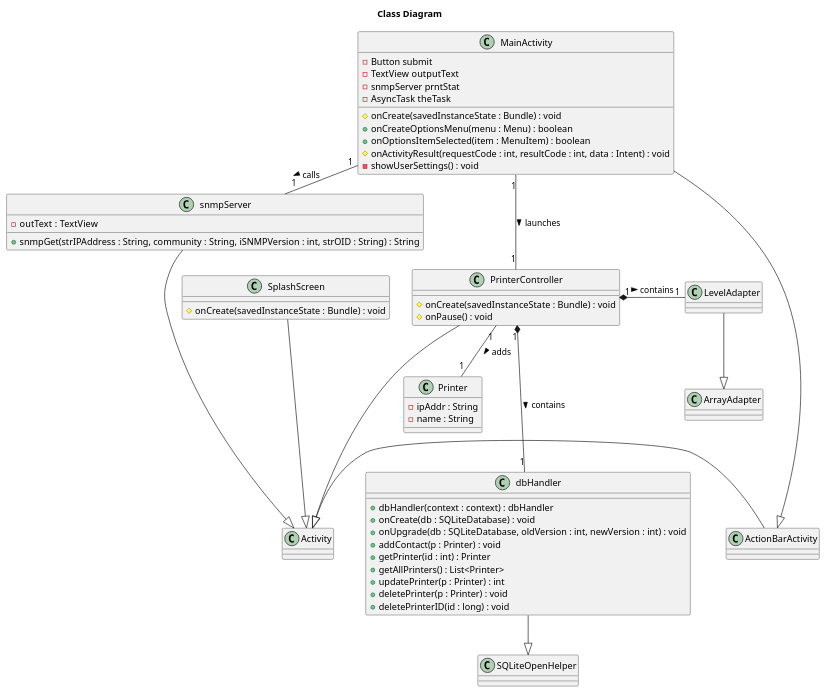
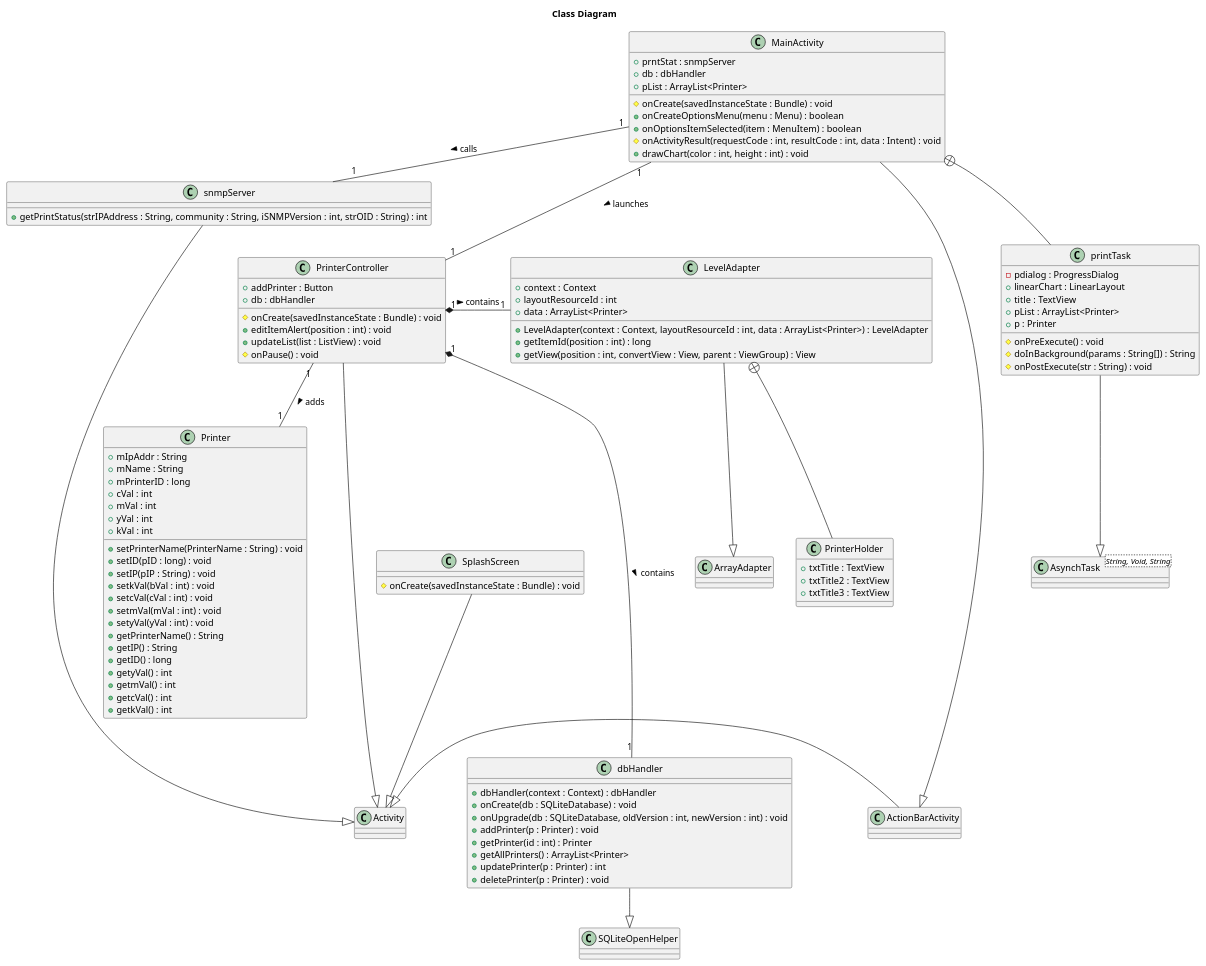
One commit to phillipjf/SNMPrint changed the diagram in app/UML/DesignClassDiagram/ClassDiagram.puml. Above: the diagram before and after it, drawn with PlantUML. The commit also changed 13 other files, not shown here.

Commit message:
05/03/2015 nearly done diagrams

```diff
--- a/app/UML/DesignClassDiagram/ClassDiagram.puml
+++ b/app/UML/DesignClassDiagram/ClassDiagram.puml
@@ -1,61 +1,108 @@
 @startuml
 title Class Diagram
 
 class Activity
 class ActionBarActivity
 class SplashScreen
 class MainActivity
 class PrinterController
 class snmpServer
 class Printer
 class dbHandler
 class SQLiteOpenHelper
 class LevelAdapter
+class printTask
+class AsynchTask<String, Void, String>
+class PrinterHolder
 
 Activity <|- ActionBarActivity
 MainActivity --|> ActionBarActivity
-SplashScreen ---|> Activity
+MainActivity +-- printTask
+printTask --|> AsynchTask
+SplashScreen --|> Activity
 PrinterController ---|> Activity
 snmpServer ---|> Activity
 dbHandler --|> SQLiteOpenHelper
 LevelAdapter --|> ArrayAdapter
+LevelAdapter +-- PrinterHolder
 
 SplashScreen : #onCreate(savedInstanceState : Bundle) : void
 
-MainActivity : -Button submit
-MainActivity : -TextView outputText
-MainActivity : -snmpServer prntStat
-MainActivity : -AsyncTask theTask
+MainActivity : +prntStat : snmpServer
+MainActivity : +db : dbHandler
+MainActivity : +pList : ArrayList<Printer>
 MainActivity : #onCreate(savedInstanceState : Bundle) : void
 MainActivity : +onCreateOptionsMenu(menu : Menu) : boolean
 MainActivity : +onOptionsItemSelected(item : MenuItem) : boolean
 MainActivity : #onActivityResult(requestCode : int, resultCode : int, data : Intent) : void
-MainActivity : -showUserSettings() : void
+MainActivity : +drawChart(color : int, height : int) : void
 
+printTask : -pdialog : ProgressDialog
+printTask : +linearChart : LinearLayout
+printTask : +title : TextView
+printTask : +pList : ArrayList<Printer>
+printTask : +p : Printer
+printTask : #onPreExecute() : void
+printTask : #doInBackground(params : String[]) : String
+printTask : #onPostExecute(str : String) : void
+
+PrinterController : +addPrinter : Button
+PrinterController : +db : dbHandler
 PrinterController : #onCreate(savedInstanceState : Bundle) : void
+PrinterController : +editItemAlert(position : int) : void
+PrinterController : +updateList(list : ListView) : void
 PrinterController : #onPause() : void
 
-snmpServer : -outText : TextView
-snmpServer : +snmpGet(strIPAddress : String, community : String, iSNMPVersion : int, strOID : String) : String
+snmpServer : +getPrintStatus(strIPAddress : String, community : String, iSNMPVersion : int, strOID : String) : int
 
-Printer : -ipAddr : String
-Printer : -name : String
+Printer : +mIpAddr : String
+Printer : +mName : String
+Printer : +mPrinterID : long
+Printer : +cVal : int
+Printer : +mVal : int
+Printer : +yVal : int
+Printer : +kVal : int
+Printer : +setPrinterName(PrinterName : String) : void
+Printer : +setID(pID : long) : void
+Printer : +setIP(pIP : String) : void
+Printer : +setkVal(bVal : int) : void
+Printer : +setcVal(cVal : int) : void
+Printer : +setmVal(mVal : int) : void
+Printer : +setyVal(yVal : int) : void
+Printer : +getPrinterName() : String
+Printer : +getIP() : String
+Printer : +getID() : long
+Printer : +getyVal() : int
+Printer : +getmVal() : int
+Printer : +getcVal() : int
+Printer : +getkVal() : int
 
-dbHandler : + dbHandler(context : context) : dbHandler
+
+dbHandler : + dbHandler(context : Context) : dbHandler
 dbHandler : + onCreate(db : SQLiteDatabase) : void
 dbHandler : + onUpgrade(db : SQLiteDatabase, oldVersion : int, newVersion : int) : void
-dbHandler : + addContact(p : Printer) : void
+dbHandler : + addPrinter(p : Printer) : void
 dbHandler : + getPrinter(id : int) : Printer
-dbHandler : + getAllPrinters() : List<Printer>
+dbHandler : + getAllPrinters() : ArrayList<Printer>
 dbHandler : + updatePrinter(p : Printer) : int
 dbHandler : + deletePrinter(p : Printer) : void
-dbHandler : + deletePrinterID(id : long) : void
+
+LevelAdapter : +context : Context
+LevelAdapter : +layoutResourceId : int
+LevelAdapter : +data : ArrayList<Printer>
+LevelAdapter : +LevelAdapter(context : Context, layoutResourceId : int, data : ArrayList<Printer>) : LevelAdapter
+LevelAdapter : +getItemId(position : int) : long
+LevelAdapter : +getView(position : int, convertView : View, parent : ViewGroup) : View
+
+PrinterHolder : +txtTitle : TextView
+PrinterHolder : +txtTitle2 : TextView
+PrinterHolder : +txtTitle3 : TextView
 
 MainActivity "1" -- "1" PrinterController : launches >
 MainActivity "1" - "1" snmpServer : calls >
 
 PrinterController "1" -- "1" Printer : adds >
 PrinterController"1" *--- "1"dbHandler : contains >
 PrinterController"1" *- "1"LevelAdapter : contains >
 
 @enduml
```
